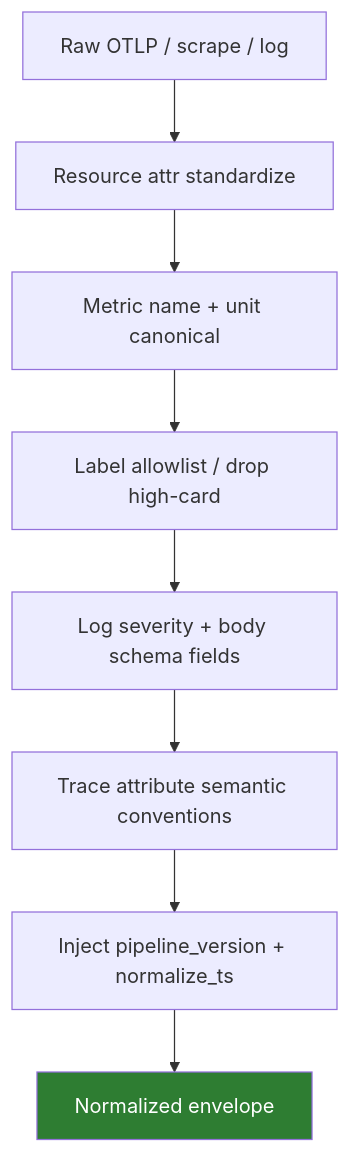
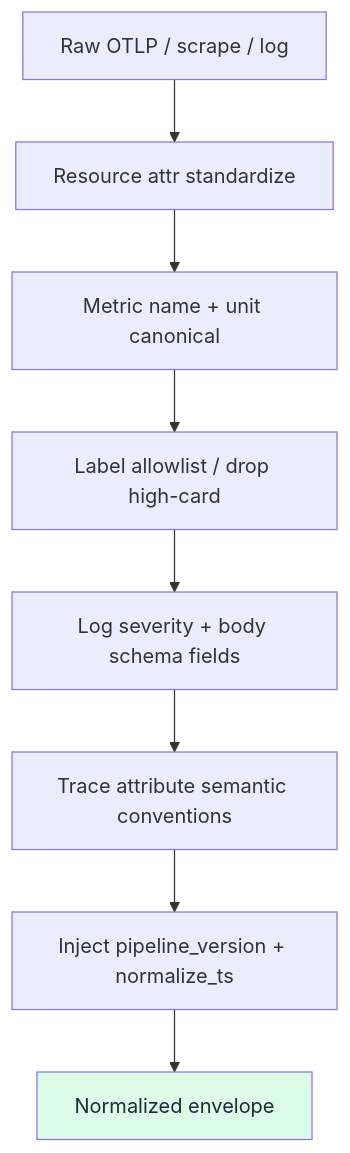
One commit to XUanhoa04/aiops-engineering-handbook changed the fifth of 16 diagrams in docs/vi/06-data-plane/README.vi.md. Above: the diagram before and after it, drawn with Mermaid. The commit also changed other lines of this file and 39 other files, not shown here.

First line of the commit message:
docs: concept-first Ch.08-12, collapse code, soft Mermaid colors

````diff
--- a/docs/vi/06-data-plane/README.vi.md
+++ b/docs/vi/06-data-plane/README.vi.md
@@ -400,12 +400,12 @@
 ```mermaid
 flowchart TD
     IN[Raw OTLP / scrape / log] --> R1[Resource attr standardize]
     R1 --> R2[Metric name + unit canonical]
     R2 --> R3[Label allowlist / drop high-card]
     R3 --> R4[Log severity + body schema fields]
     R4 --> R5[Trace attribute semantic conventions]
     R5 --> R6[Inject pipeline_version + normalize_ts]
     R6 --> OUT[Normalized envelope]
 
-    style OUT fill:#2e7d32,color:#fff
+    style OUT fill:#dcfce7,color:#1e293b
 ```
````
